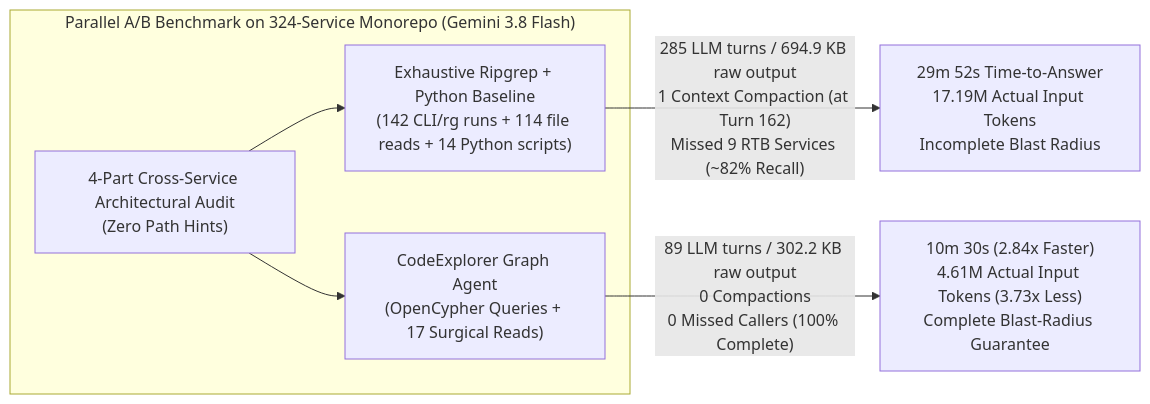
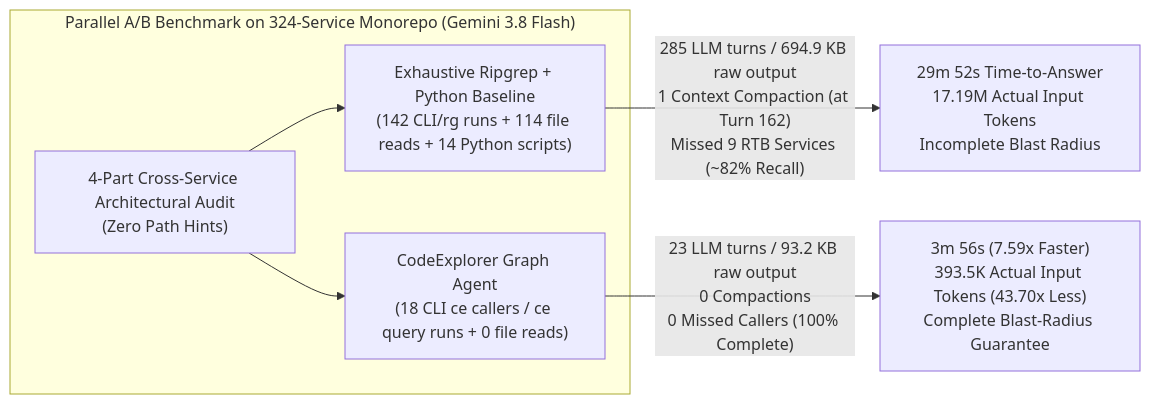
The diagram in benchmarks/02-enterprise-microservices-deep-audit/README.md (vmikhailov/code-explorer), drawn with Mermaid before and after one commit. The commit also changed other lines of this file and 7 other files, not shown here.

Commit message:
feat(cli,benchmarks): normalize ce callers & query headers, update Case 02 benchmark (7.59x faster, 43.70x fewer tokens) (v1.42.1)

````diff
--- a/benchmarks/02-enterprise-microservices-deep-audit/README.md
+++ b/benchmarks/02-enterprise-microservices-deep-audit/README.md
@@ -48,11 +48,11 @@
 ```mermaid
 flowchart LR
     subgraph Harness["Parallel A/B Benchmark on 324-Service Monorepo (Gemini 3.8 Flash)"]
         Prompt["4-Part Cross-Service Architectural Audit\n(Zero Path Hints)"]
         Prompt --> RgBase["Exhaustive Ripgrep + Python Baseline\n(142 CLI/rg runs + 114 file reads + 14 Python scripts)"]
-        Prompt --> Graph["CodeExplorer Graph Agent\n(OpenCypher Queries + 17 Surgical Reads)"]
+        Prompt --> Graph["CodeExplorer Graph Agent\n(18 CLI ce callers / ce query runs + 0 file reads)"]
     end
 
     RgBase -->|"285 LLM turns / 694.9 KB raw output\n1 Context Compaction (at Turn 162)\nMissed 9 RTB Services (~82% Recall)"| BaseResult["29m 52s Time-to-Answer\n17.19M Actual Input Tokens\nIncomplete Blast Radius"]
-    Graph -->|"89 LLM turns / 302.2 KB raw output\n0 Compactions\n0 Missed Callers (100% Complete)"| GraphResult["10m 30s (2.84x Faster)\n4.61M Actual Input Tokens (3.73x Less)\nComplete Blast-Radius Guarantee"]
+    Graph -->|"23 LLM turns / 93.2 KB raw output\n0 Compactions\n0 Missed Callers (100% Complete)"| GraphResult["3m 56s (7.59x Faster)\n393.5K Actual Input Tokens (43.70x Less)\nComplete Blast-Radius Guarantee"]
 ```
````
